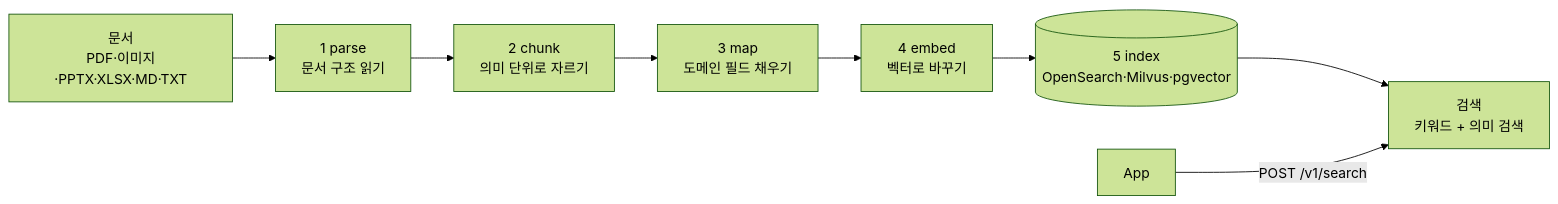
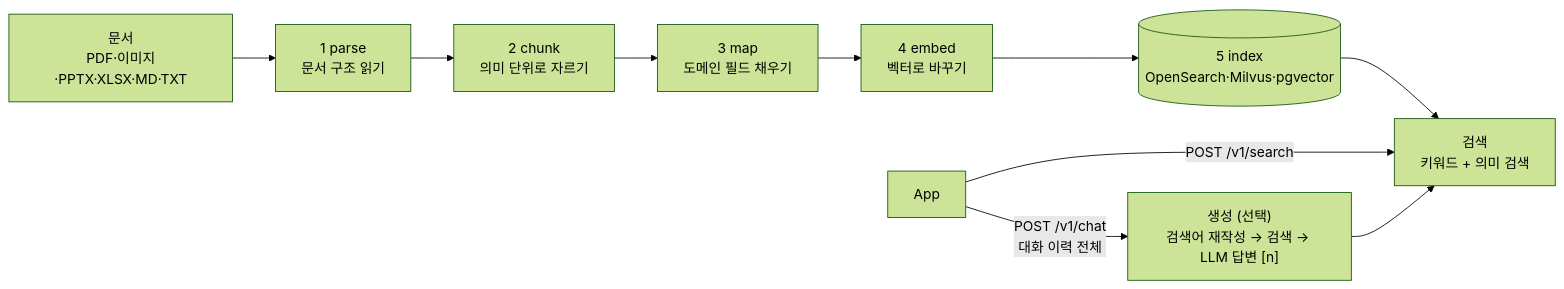
The first of 8 diagrams in README.md (pilsu-choi/folio), drawn with Mermaid (forest theme) before and after one commit. The commit also changed other lines of this file and 21 other files, not shown here.

First line of the commit message:
feat(generation): stateless multi-turn POST /v1/chat with query rewrite and [n] citations

````diff
--- a/README.md
+++ b/README.md
@@ -14,10 +14,12 @@
 ```mermaid
 flowchart LR
     F["문서<br/>PDF·이미지·PPTX·XLSX·MD·TXT"] --> P["1 parse<br/>문서 구조 읽기"]
     P --> C["2 chunk<br/>의미 단위로 자르기"]
     C --> M["3 map<br/>도메인 필드 채우기"]
     M --> E["4 embed<br/>벡터로 바꾸기"]
     E --> I[("5 index<br/>OpenSearch·Milvus·pgvector")]
     I --> S["검색<br/>키워드 + 의미 검색"]
     App["App"] -- "POST /v1/search" --> S
+    App -- "POST /v1/chat<br/>대화 이력 전체" --> G["생성 (선택)<br/>검색어 재작성 → 검색 → LLM 답변 [n]"]
+    G --> S
 ```
````
